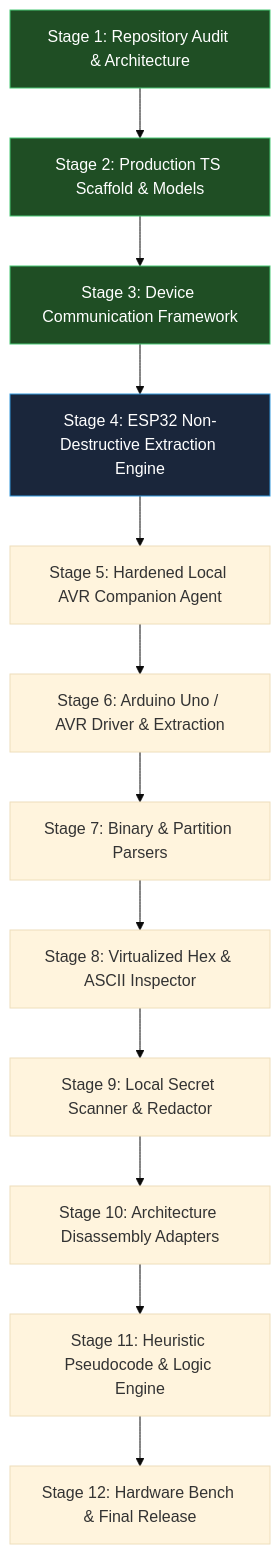
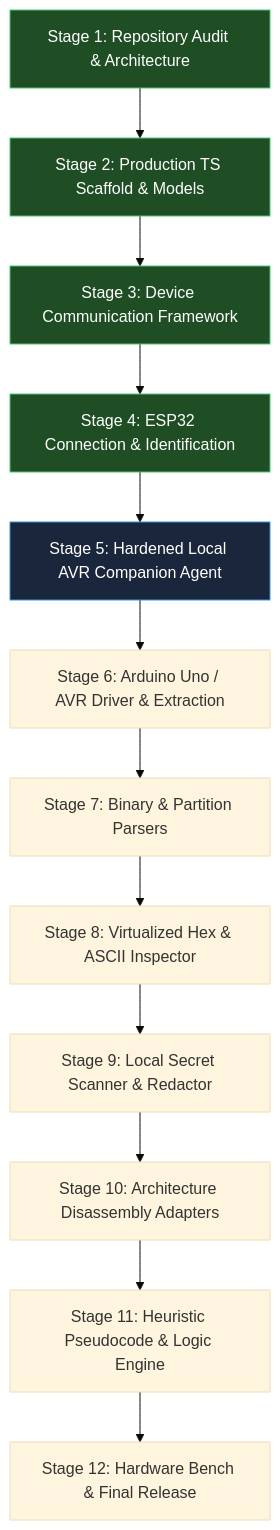
One commit to sfelixandrew/MICROCODE changed the diagram in docs/progress.md. Above: the diagram before and after it, drawn with Mermaid (base theme). The commit also changed other lines of this file and 7 other files, not shown here.

Commit message:
feat(stage-4): implement Esp32Adapter using official esptool-js 0.7.1, architecture mapping, and manual boot guidance

````diff
--- a/docs/progress.md
+++ b/docs/progress.md
@@ -5,19 +5,20 @@
 ```mermaid
 flowchart TD
     S1["Stage 1: Repository Audit & Architecture"] --> S2["Stage 2: Production TS Scaffold & Models"]
     S2 --> S3["Stage 3: Device Communication Framework"]
-    S3 --> S4["Stage 4: ESP32 Non-Destructive Extraction Engine"]
+    S3 --> S4["Stage 4: ESP32 Connection & Identification"]
     S4 --> S5["Stage 5: Hardened Local AVR Companion Agent"]
     S5 --> S6["Stage 6: Arduino Uno / AVR Driver & Extraction"]
     S6 --> S7["Stage 7: Binary & Partition Parsers"]
     S7 --> S8["Stage 8: Virtualized Hex & ASCII Inspector"]
     S8 --> S9["Stage 9: Local Secret Scanner & Redactor"]
     S9 --> S10["Stage 10: Architecture Disassembly Adapters"]
     S10 --> S11["Stage 11: Heuristic Pseudocode & Logic Engine"]
     S11 --> S12["Stage 12: Hardware Bench & Final Release"]
 
     style S1 fill:#1f4e24,stroke:#48c774,color:#fff
     style S2 fill:#1f4e24,stroke:#48c774,color:#fff
     style S3 fill:#1f4e24,stroke:#48c774,color:#fff
-    style S4 fill:#1a263b,stroke:#3298dc,color:#fff
+    style S4 fill:#1f4e24,stroke:#48c774,color:#fff
+    style S5 fill:#1a263b,stroke:#3298dc,color:#fff
 ```
````
